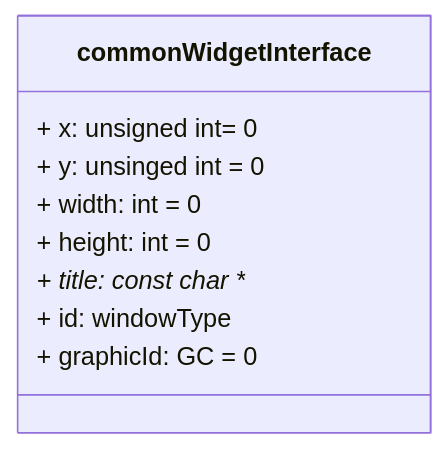
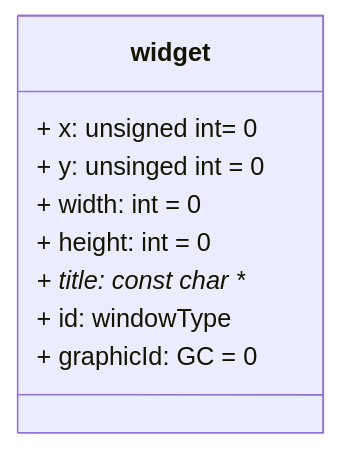
One commit to RegySpecial/regy-special-project changed the diagram in organization/markdown/component-classes.md. Above: the diagram before and after it, drawn with Mermaid. The commit also changed 25 other files, not shown here.

Commit message:
adjusted remove method in dynamicArray and set, need to restructure mainApplication.cpp and .hpp, renamed commonWidgetInterface.hpp to widget.hpp

````diff
--- a/organization/markdown/component-classes.md
+++ b/organization/markdown/component-classes.md
@@ -1,13 +1,13 @@
 ```mermaid
 classDiagram
 
-class commonWidgetInterface{
+class widget{
   + x: unsigned int= 0
   + y: unsinged int = 0
   + width: int = 0
   + height: int = 0
   + title: const char **
   + id: windowType
   + graphicId: GC = 0
 }
 ```
````
